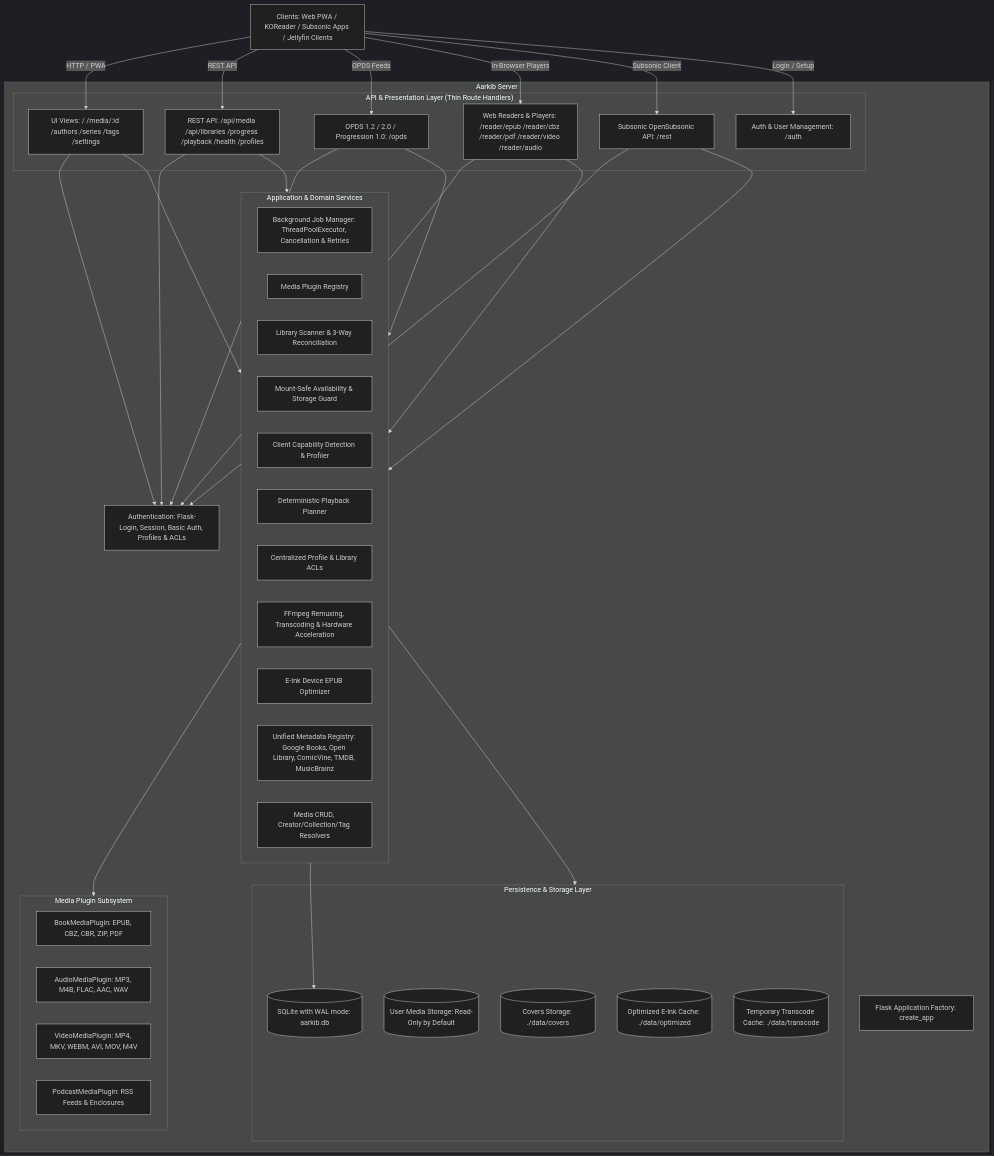
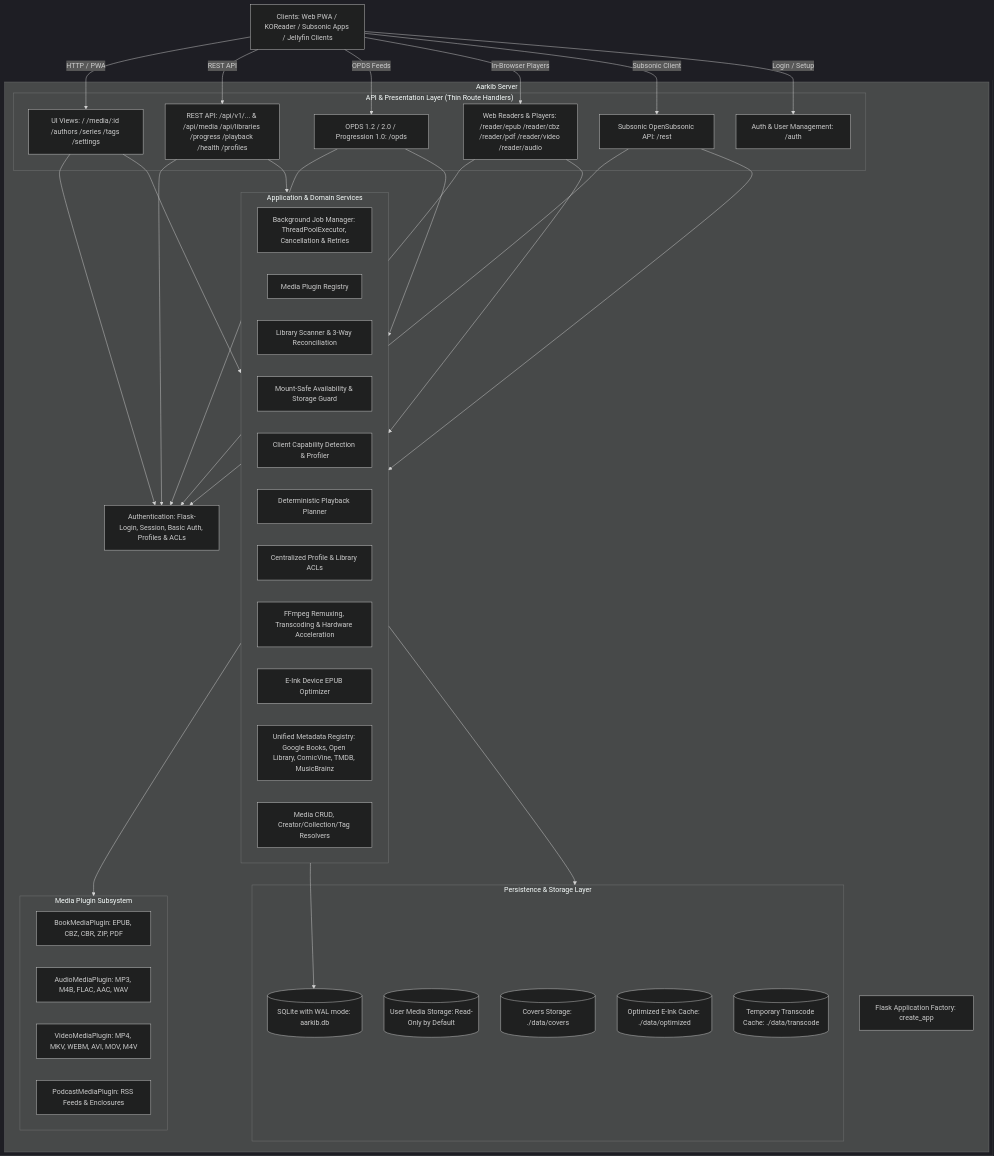
One commit to syfq91/aarkib changed the first of 4 diagrams in ARCHITECTURE.md. Above: the diagram before and after it, drawn with Mermaid (dark theme). The commit also changed other lines of this file and 6 other files, not shown here.

First line of the commit message:
docs: synchronize documentation for REST API v1, UI diagnostics, and metadata provenance

````diff
--- a/ARCHITECTURE.md
+++ b/ARCHITECTURE.md
@@ -29,70 +29,70 @@
 ```mermaid
 graph TD
     Client[Clients: Web PWA / KOReader / Subsonic Apps / Jellyfin Clients]
 
     subgraph Aarkib Server
         App[Flask Application Factory: create_app]
         Auth[Authentication: Flask-Login, Session, Basic Auth, Profiles & ACLs]
 
         subgraph Routes ["API & Presentation Layer (Thin Route Handlers)"]
             UIRoutes[UI Views: / /media/:id /authors /series /tags /settings]
-            APIRoutes[REST API: /api/media /api/libraries /progress /playback /health /profiles]
+            APIRoutes[REST API: /api/v1/... & /api/media /api/libraries /progress /playback /health /profiles]
             OPDSRoutes[OPDS 1.2 / 2.0 / Progression 1.0: /opds]
             ReaderRoutes[Web Readers & Players: /reader/epub /reader/cbz /reader/pdf /reader/video /reader/audio]
             SubsonicRoutes[Subsonic OpenSubsonic API: /rest]
             AuthRoutes[Auth & User Management: /auth]
         end
 
         subgraph Services ["Application & Domain Services"]
             JobManager[Background Job Manager: ThreadPoolExecutor, Cancellation & Retries]
             PluginRegistry[Media Plugin Registry]
             Scanner[Library Scanner & 3-Way Reconciliation]
             LibraryService[Mount-Safe Availability & Storage Guard]
             CapabilityService[Client Capability Detection & Profiler]
             PlaybackService[Deterministic Playback Planner]
             AuthorizationService[Centralized Profile & Library ACLs]
             Transcoder[FFmpeg Remuxing, Transcoding & Hardware Acceleration]
             Optimizer[E-Ink Device EPUB Optimizer]
             Enricher[Unified Metadata Registry: Google Books, Open Library, ComicVine, TMDB, MusicBrainz]
             MediaService[Media CRUD, Creator/Collection/Tag Resolvers]
         end
 
         subgraph Plugins ["Media Plugin Subsystem"]
             BookPlugin[BookMediaPlugin: EPUB, CBZ, CBR, ZIP, PDF]
             AudioPlugin[AudioMediaPlugin: MP3, M4B, FLAC, AAC, WAV]
             VideoPlugin[VideoMediaPlugin: MP4, MKV, WEBM, AVI, MOV, M4V]
             PodcastPlugin[PodcastMediaPlugin: RSS Feeds & Enclosures]
         end
 
         subgraph Storage ["Persistence & Storage Layer"]
             DB[(SQLite with WAL mode: aarkib.db)]
             MediaDir[(User Media Storage: Read-Only by Default)]
             CoversDir[(Covers Storage: ./data/covers)]
             OptimizedDir[(Optimized E-Ink Cache: ./data/optimized)]
             TranscodeDir[(Temporary Transcode Cache: ./data/transcode)]
         end
     end
 
     Client -->|HTTP / PWA| UIRoutes
     Client -->|REST API| APIRoutes
     Client -->|OPDS Feeds| OPDSRoutes
     Client -->|In-Browser Players| ReaderRoutes
     Client -->|Subsonic Client| SubsonicRoutes
     Client -->|Login / Setup| AuthRoutes
 
     UIRoutes --> Auth
     APIRoutes --> Auth
     OPDSRoutes --> Auth
     ReaderRoutes --> Auth
     SubsonicRoutes --> Auth
 
     APIRoutes --> Services
     UIRoutes --> Services
     ReaderRoutes --> Services
     OPDSRoutes --> Services
     SubsonicRoutes --> Services
 
     Services --> Plugins
     Services --> DB
     Services --> Storage
 ```
````
